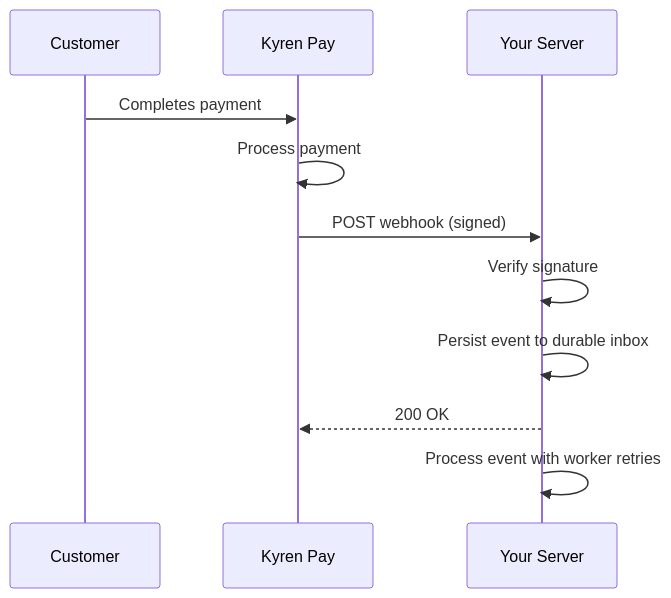
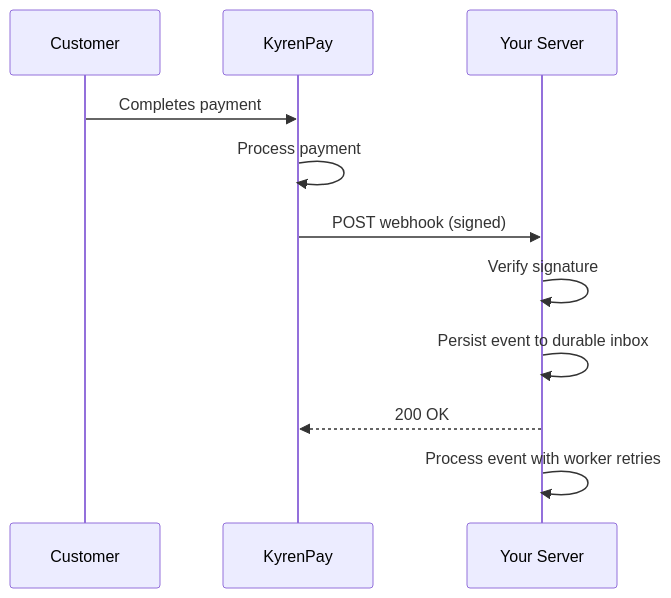
One commit to kyren-network/mintlify-docs changed the diagram in webhooks/overview.mdx. Above: the diagram before and after it, drawn with Mermaid. The commit also changed other lines of this file and 160 other files, not shown here.

Commit message:
docs: align KyrenPay branding and improve multilingual SEO

````diff
--- a/webhooks/overview.mdx
+++ b/webhooks/overview.mdx
@@ -10,14 +11,14 @@
 ```mermaid
 sequenceDiagram
     participant Customer
-    participant KyrenPay as Kyren Pay
+    participant KyrenPay as KyrenPay
     participant YourServer as Your Server
 
     Customer->>KyrenPay: Completes payment
     KyrenPay->>KyrenPay: Process payment
     KyrenPay->>YourServer: POST webhook (signed)
     YourServer->>YourServer: Verify signature
     YourServer->>YourServer: Persist event to durable inbox
     YourServer-->>KyrenPay: 200 OK
     YourServer->>YourServer: Process event with worker retries
 ```
````
